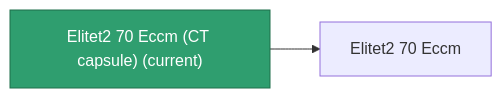
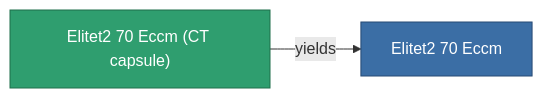
The diagram in content/content/items/elitet2_70_eccm_CT_capsule.md (OpenPerpetuum/Wiki), drawn with Mermaid before and after one commit. The commit also changed other lines of this file and 2015 other files, not shown here.

````diff
--- a/content/content/items/elitet2_70_eccm_CT_capsule.md
+++ b/content/content/items/elitet2_70_eccm_CT_capsule.md
@@ -33,8 +33,9 @@
 ```mermaid
 graph LR
-    a["Elitet2 70 Eccm (CT capsule) (current)"]:::current
-    b["Elitet2 70 Eccm"]
-    a --> b
-    click b "/content/items/elitet2-70-eccm/" "Elitet2 70 Eccm"
+    a["Elitet2 70 Eccm (CT capsule)"]:::current
+    b["Elitet2 70 Eccm"]:::finished
+    a -->|yields| b
+                click b "/content/items/elitet2-70-eccm/" "Elitet2 70 Eccm"
     classDef current fill:#2f9e6f,stroke:#1f6f4a,color:#ffffff
+    classDef finished fill:#3b6ea5,stroke:#274a75,color:#ffffff
 ```
````
